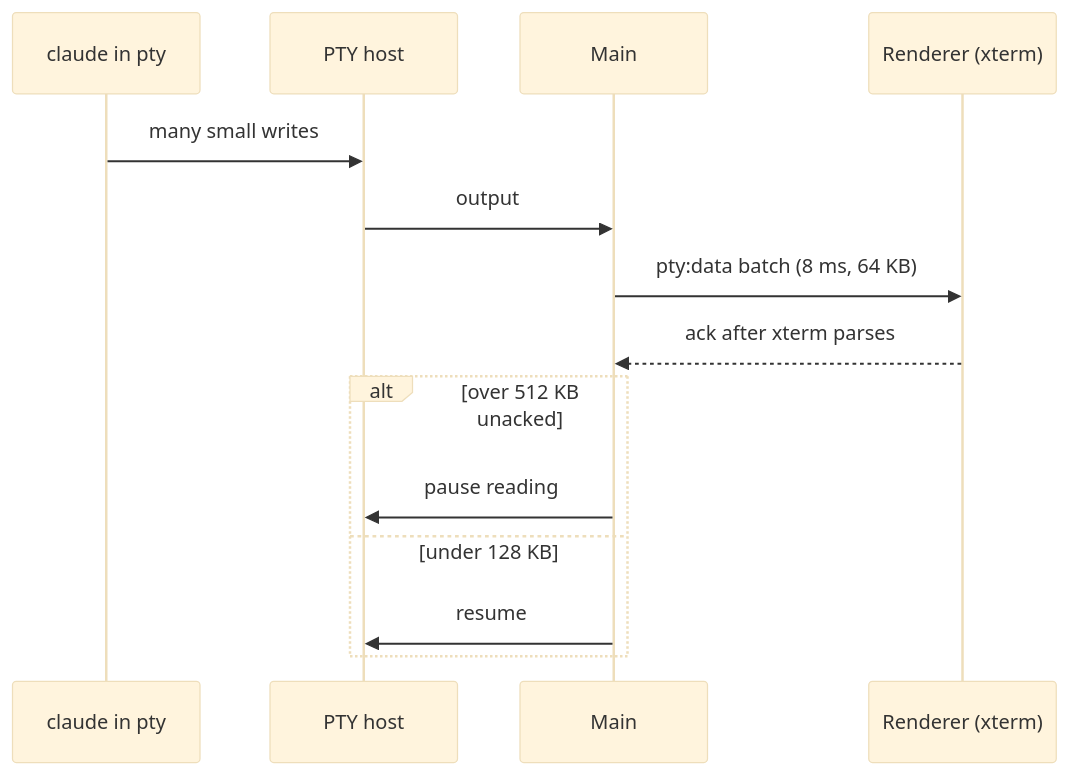
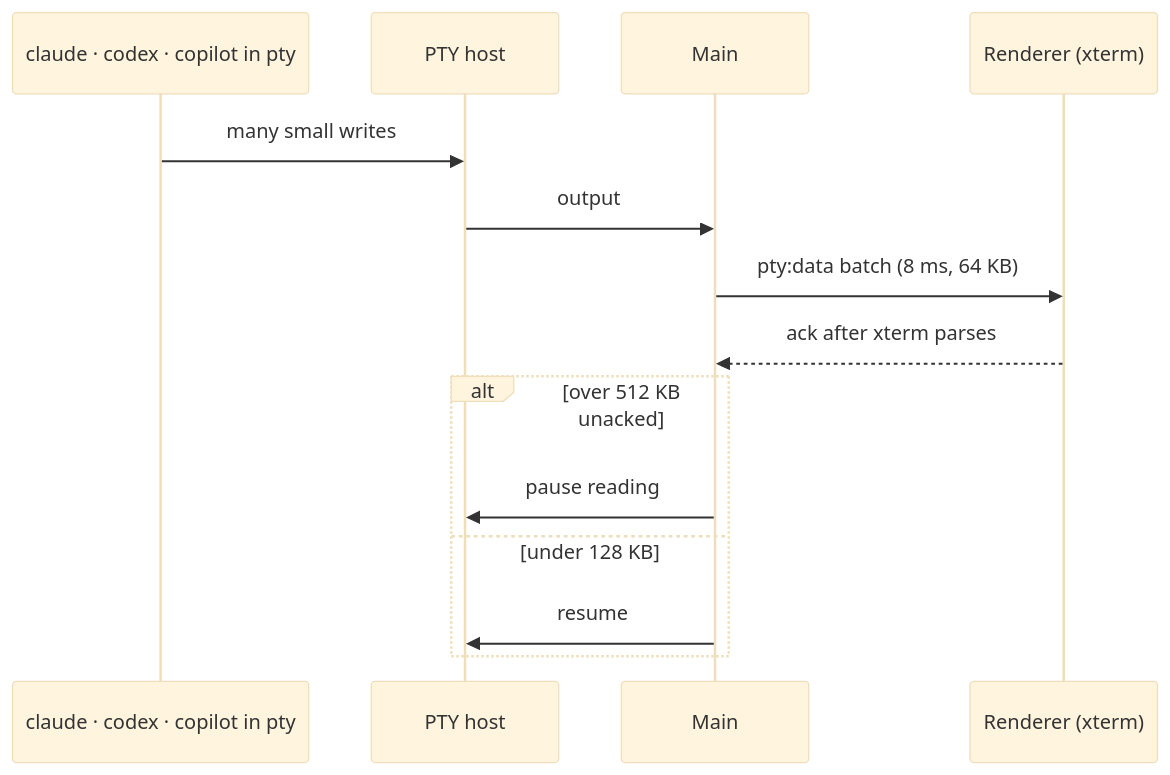
The diagram in docs/assets/diagrams/fd-desktop.mmd (behiques/hivetty), drawn with Mermaid (base theme) before and after one commit. The commit also changed 67 other files, not shown here.

```diff
--- a/docs/assets/diagrams/fd-desktop.mmd
+++ b/docs/assets/diagrams/fd-desktop.mmd
@@ -1,14 +1,14 @@
 sequenceDiagram
-  participant P as claude in pty
+  participant P as claude · codex · copilot in pty
   participant H as PTY host
   participant M as Main
   participant R as Renderer (xterm)
   P->>H: many small writes
   H->>M: output
   M->>R: pty:data batch (8 ms, 64 KB)
   R-->>M: ack after xterm parses
   alt over 512 KB unacked
     M->>H: pause reading
   else under 128 KB
     M->>H: resume
   end
```
